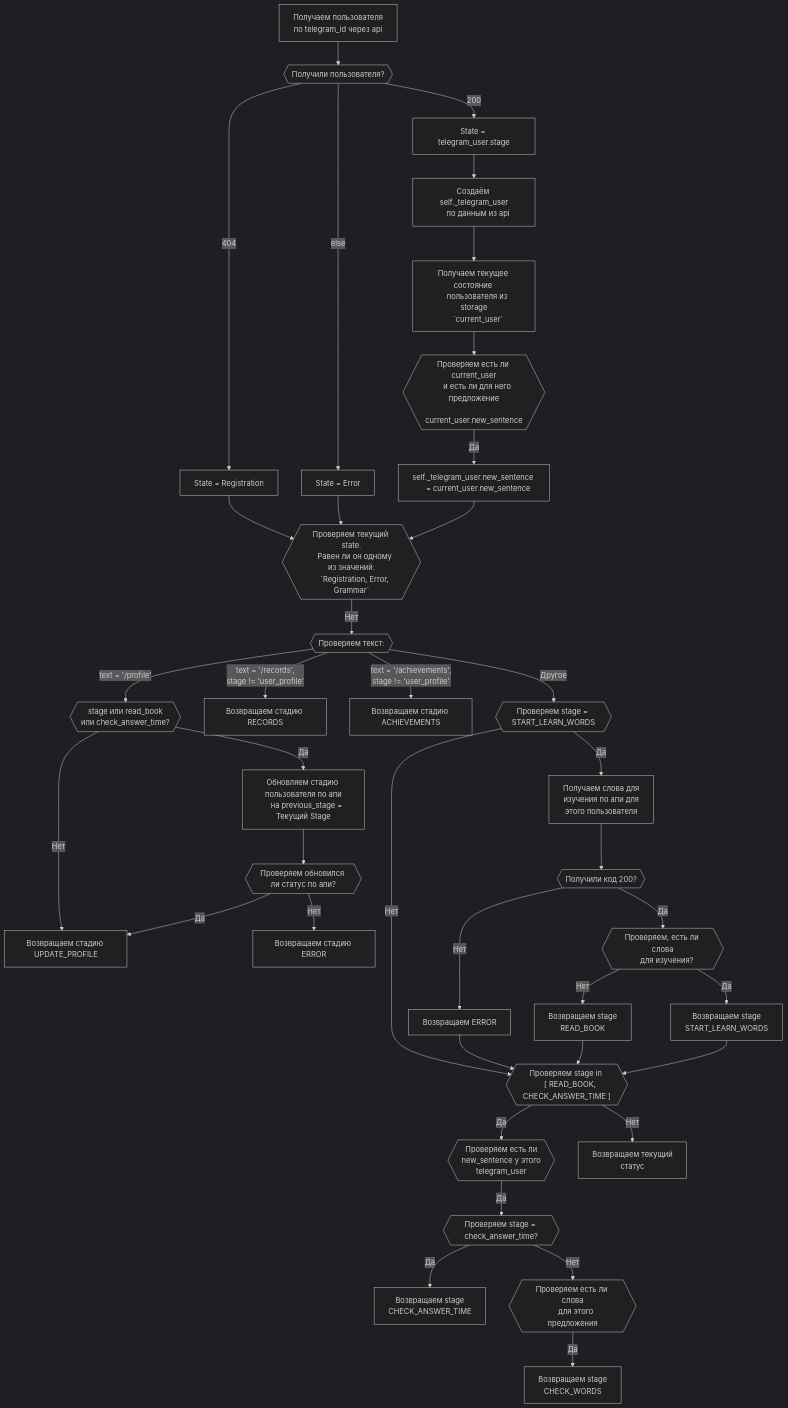
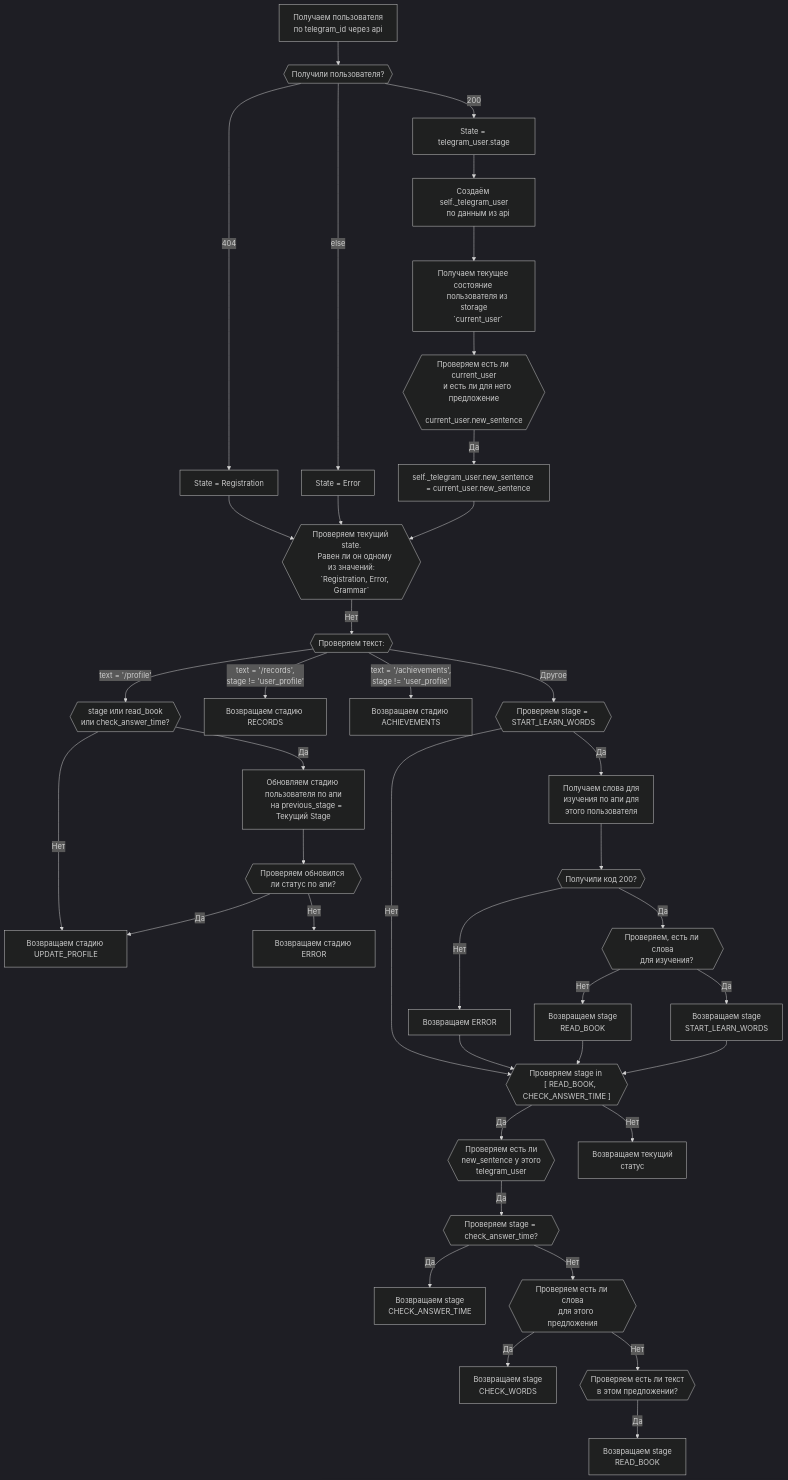
The diagram in documentation/middlewears_set_state.md (psgaiduk/learning_en_telegram_bot), drawn with Mermaid (dark theme) before and after one commit.

Commit message:
docs(documentation): add return stage read_book in middlewears_set_state

````diff
--- a/documentation/middlewears_set_state.md
+++ b/documentation/middlewears_set_state.md
@@ -110,5 +110,13 @@
     Возвращаем stage
     CHECK_WORDS
     ]
+    check_words_for_sentence --> |Нет| check_text_for_sentence{{
+    Проверяем есть ли текст
+    в этом предложении?
+    }}
+    check_text_for_sentence --> |Да| return_read_this_sentence[
+    Возвращаем stage
+    READ_BOOK
+    ]
     
 ```
````
